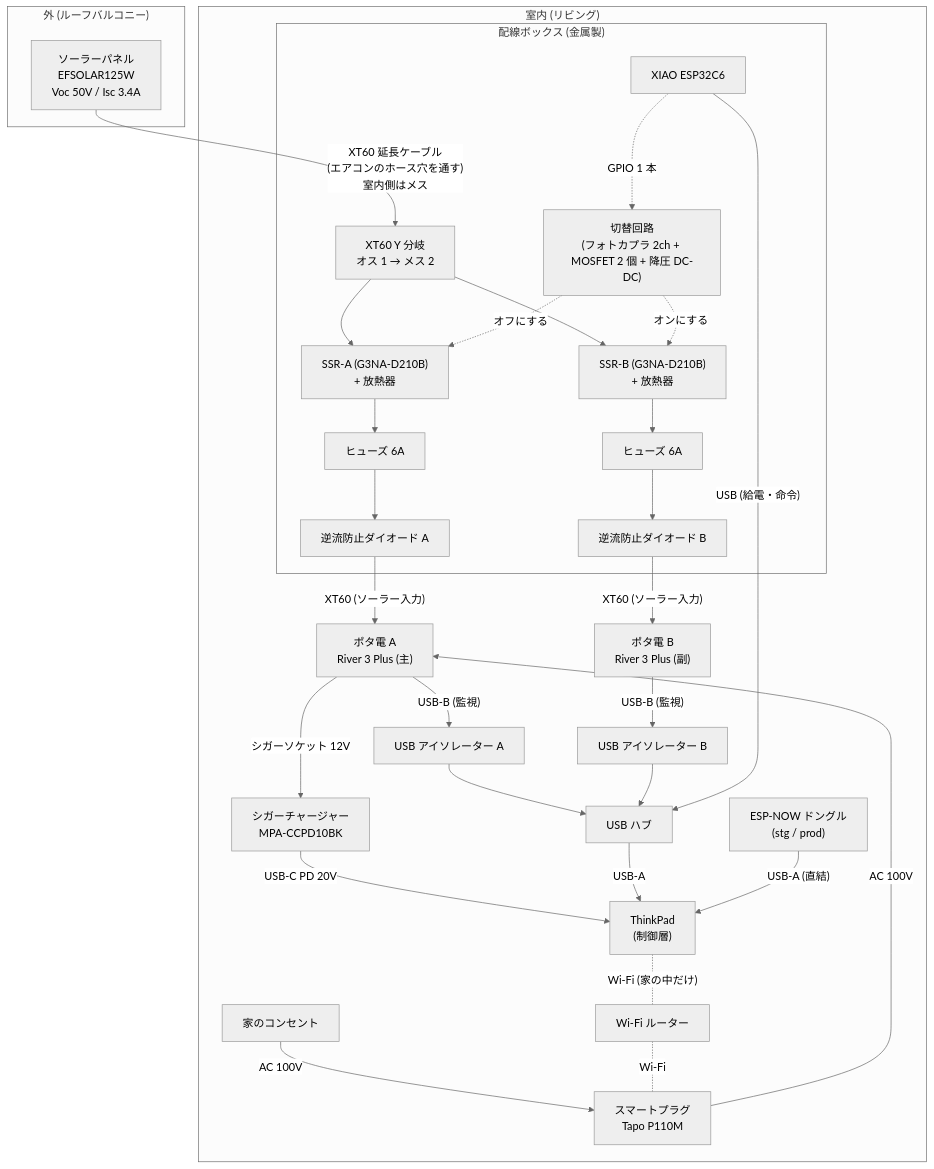
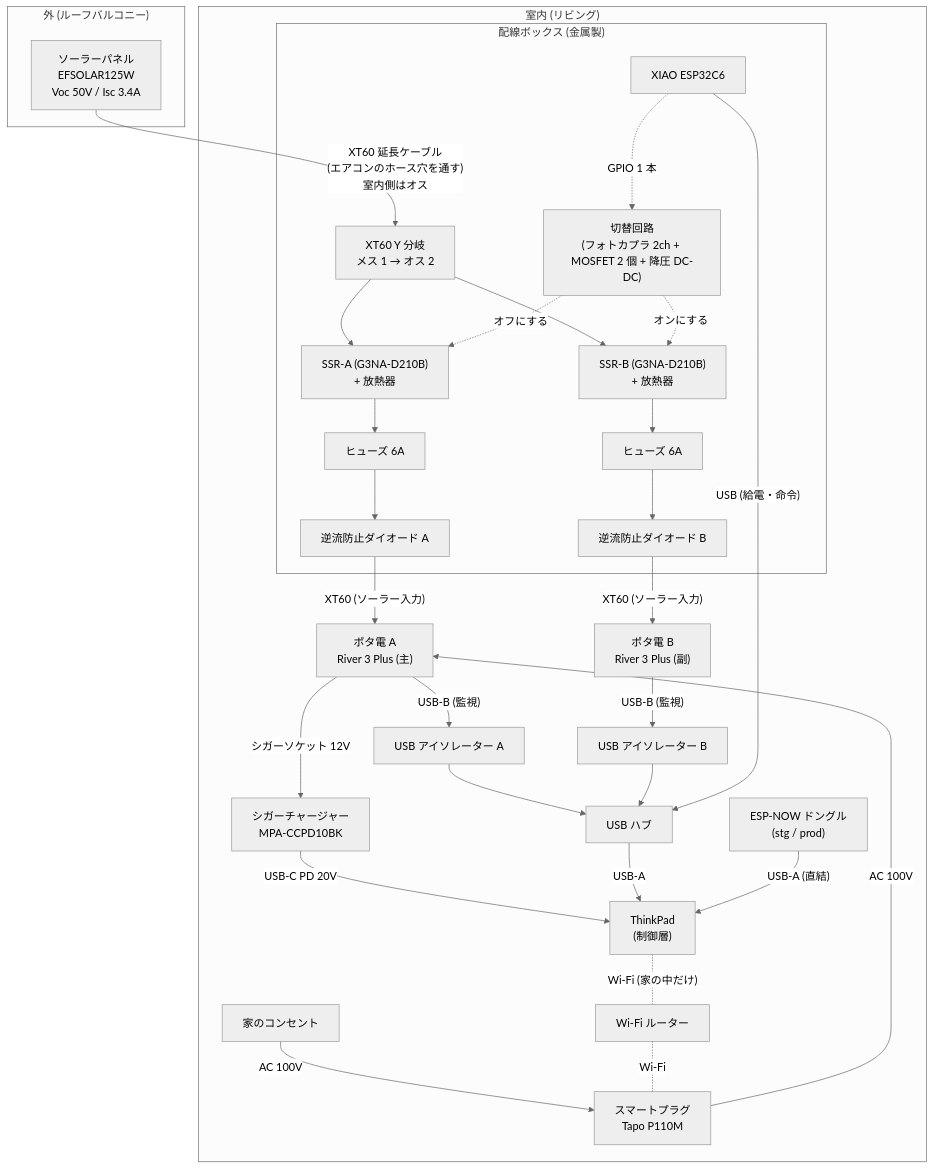
One commit to junkei-okinawa/FarmVerse changed the first of 2 diagrams in docs/3_PowerSystem/01_電源システム設計.md. Above: the diagram before and after it, drawn with Mermaid (neutral theme). The commit also changed other lines of this file, not shown here.

````diff
--- a/docs/3_PowerSystem/01_電源システム設計.md
+++ b/docs/3_PowerSystem/01_電源システム設計.md
@@ -36,51 +36,51 @@
 ```mermaid
 flowchart TB
     subgraph OUT["外 (ルーフバルコニー)"]
         PV["ソーラーパネル<br/>EFSOLAR125W<br/>Voc 50V / Isc 3.4A"]
     end
 
-    PV -- "XT60 延長ケーブル<br/>(エアコンのホース穴を通す)<br/>室内側はメス" --> Y
+    PV -- "XT60 延長ケーブル<br/>(エアコンのホース穴を通す)<br/>室内側はオス" --> Y
 
     subgraph IN["室内 (リビング)"]
         subgraph BOX["配線ボックス (金属製)"]
-            Y["XT60 Y 分岐<br/>オス 1 → メス 2"]
+            Y["XT60 Y 分岐<br/>メス 1 → オス 2"]
             SSRA["SSR-A (G3NA-D210B)<br/>+ 放熱器"]
             SSRB["SSR-B (G3NA-D210B)<br/>+ 放熱器"]
             FA["ヒューズ 6A"]
             FB["ヒューズ 6A"]
             DA["逆流防止ダイオード A"]
             DB["逆流防止ダイオード B"]
             CTRL["切替回路<br/>(フォトカプラ 2ch + MOSFET 2 個 + 降圧 DC-DC)"]
             ESP["XIAO ESP32C6"]
         end
 
         A["ポタ電 A<br/>River 3 Plus (主)"]
         B["ポタ電 B<br/>River 3 Plus (副)"]
         TP["ThinkPad<br/>(制御層)"]
         HUB["USB ハブ"]
         ISOA["USB アイソレーター A"]
         ISOB["USB アイソレーター B"]
         CC["シガーチャージャー<br/>MPA-CCPD10BK"]
         P1["スマートプラグ<br/>Tapo P110M"]
         WALL["家のコンセント"]
         WIFI["Wi-Fi ルーター"]
         DONGLE["ESP-NOW ドングル<br/>(stg / prod)"]
     end
 
     Y --> SSRA --> FA --> DA -- "XT60 (ソーラー入力)" --> A
     Y --> SSRB --> FB --> DB -- "XT60 (ソーラー入力)" --> B
 
     A -- "シガーソケット 12V" --> CC -- "USB-C PD 20V" --> TP
     WALL -- "AC 100V" --> P1 -- "AC 100V" --> A
 
     A -- "USB-B (監視)" --> ISOA --> HUB
     B -- "USB-B (監視)" --> ISOB --> HUB
     ESP -- "USB (給電・命令)" --> HUB
     HUB -- "USB-A" --> TP
     DONGLE -- "USB-A (直結)" --> TP
 
     ESP -. "GPIO 1 本" .-> CTRL
     CTRL -. "オフにする" .-> SSRA
     CTRL -. "オンにする" .-> SSRB
     TP -. "Wi-Fi (家の中だけ)" .- WIFI -. "Wi-Fi" .- P1
 ```
````
